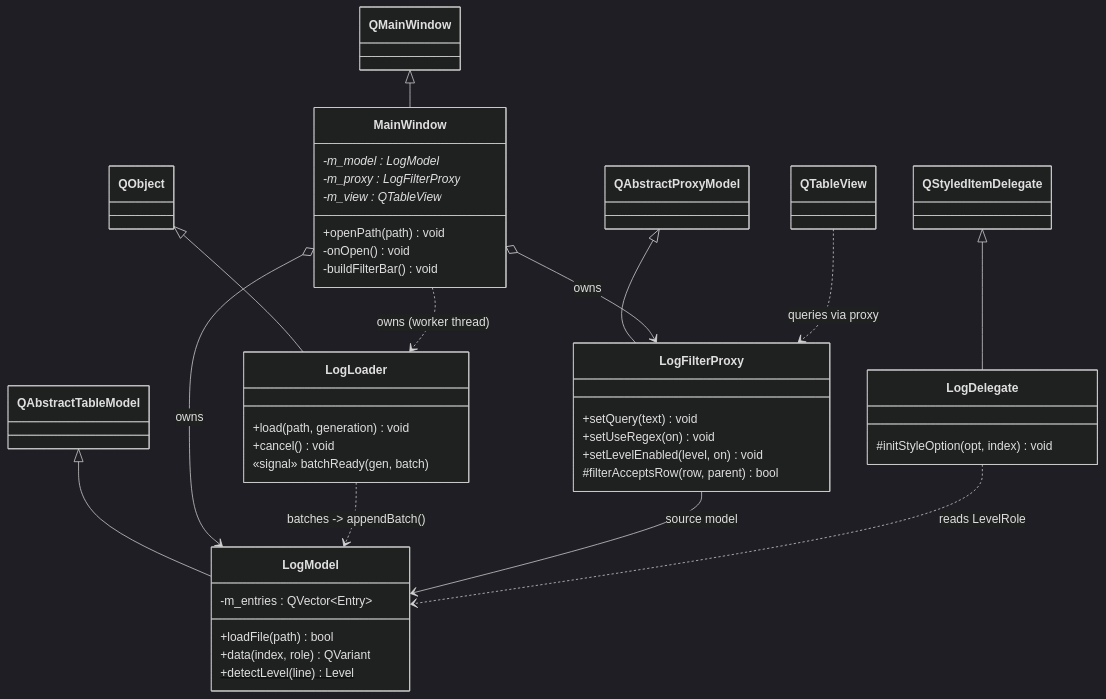
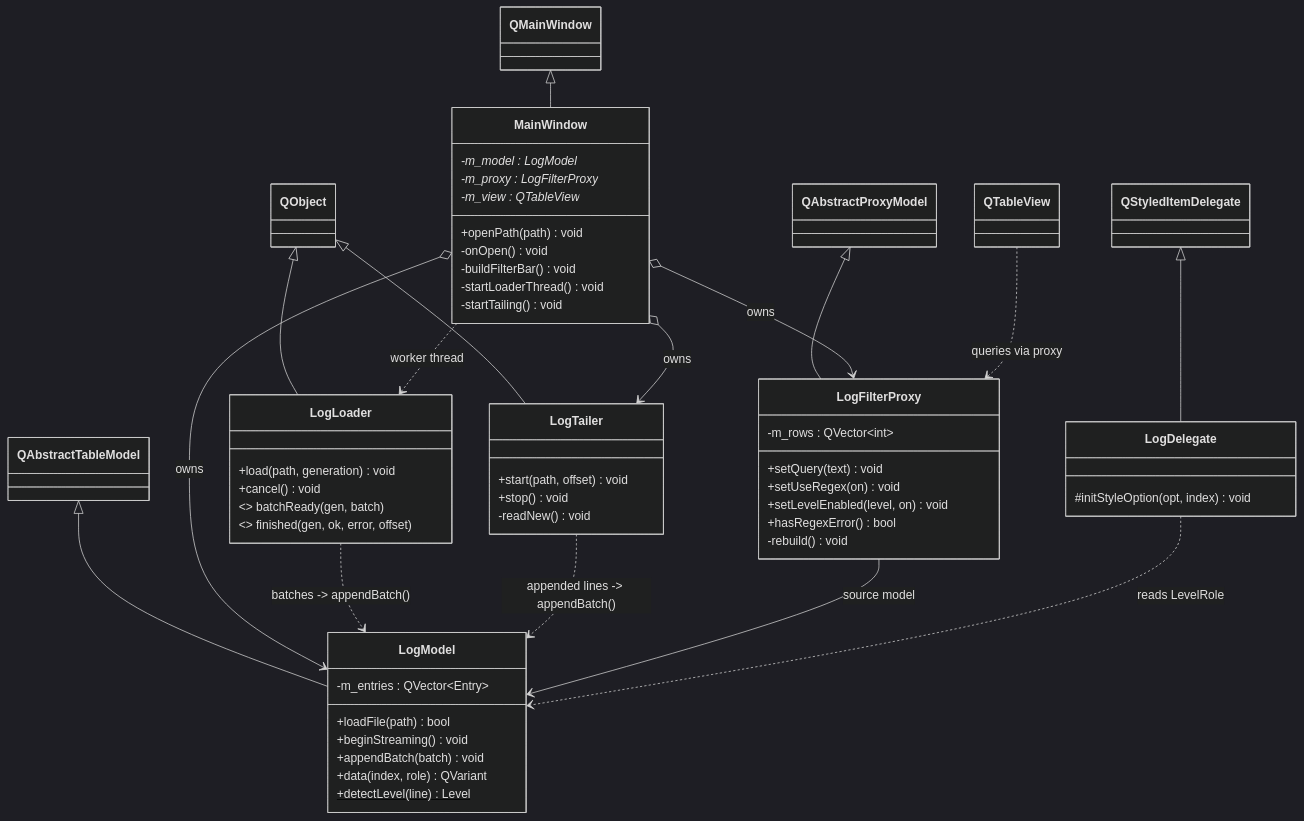
Before and after one commit to MvpBruce/LogLens: the first of 2 diagrams in README.md, drawn with Mermaid (dark theme). The commit also changed other lines of this file and 3 other files, not shown here.

````diff
--- a/README.md
+++ b/README.md
@@ -52,49 +63,65 @@
 ```mermaid
 classDiagram
     class QMainWindow
     class QAbstractTableModel
     class QAbstractProxyModel
     class QStyledItemDelegate
+    class QObject
 
     class MainWindow {
         +openPath(path) void
         -onOpen() void
         -buildFilterBar() void
+        -startLoaderThread() void
+        -startTailing() void
         -m_model : LogModel*
         -m_proxy : LogFilterProxy*
         -m_view : QTableView*
     }
     class LogModel {
         +loadFile(path) bool
+        +beginStreaming() void
+        +appendBatch(batch) void
         +data(index, role) QVariant
         +detectLevel(line)$ Level
         -m_entries : QVector~Entry~
     }
     class LogFilterProxy {
         +setQuery(text) void
         +setUseRegex(on) void
         +setLevelEnabled(level, on) void
-        #filterAcceptsRow(row, parent) bool
+        +hasRegexError() bool
+        -rebuild() void
+        -m_rows : QVector~int~
     }
     class LogDelegate {
         #initStyleOption(opt, index) void
     }
     class LogLoader {
         +load(path, generation) void
         +cancel() void
-        «signal» batchReady(gen, batch)
+        <<signal>> batchReady(gen, batch)
+        <<signal>> finished(gen, ok, error, offset)
+    }
+    class LogTailer {
+        +start(path, offset) void
+        +stop() void
+        -readNew() void
     }
 
     QMainWindow <|-- MainWindow
     QAbstractTableModel <|-- LogModel
     QAbstractProxyModel <|-- LogFilterProxy
     QStyledItemDelegate <|-- LogDelegate
     QObject <|-- LogLoader
+    QObject <|-- LogTailer
     MainWindow o--> LogModel : owns
     MainWindow o--> LogFilterProxy : owns
-    MainWindow ..> LogLoader : owns (worker thread)
+    MainWindow o--> LogTailer : owns
+    MainWindow ..> LogLoader : worker thread
     LogLoader ..> LogModel : batches -> appendBatch()
+    LogTailer ..> LogModel : appended lines -> appendBatch()
     LogFilterProxy --> LogModel : source model
     QTableView ..> LogFilterProxy : queries via proxy
     LogDelegate ..> LogModel : reads LevelRole
 ```
````
